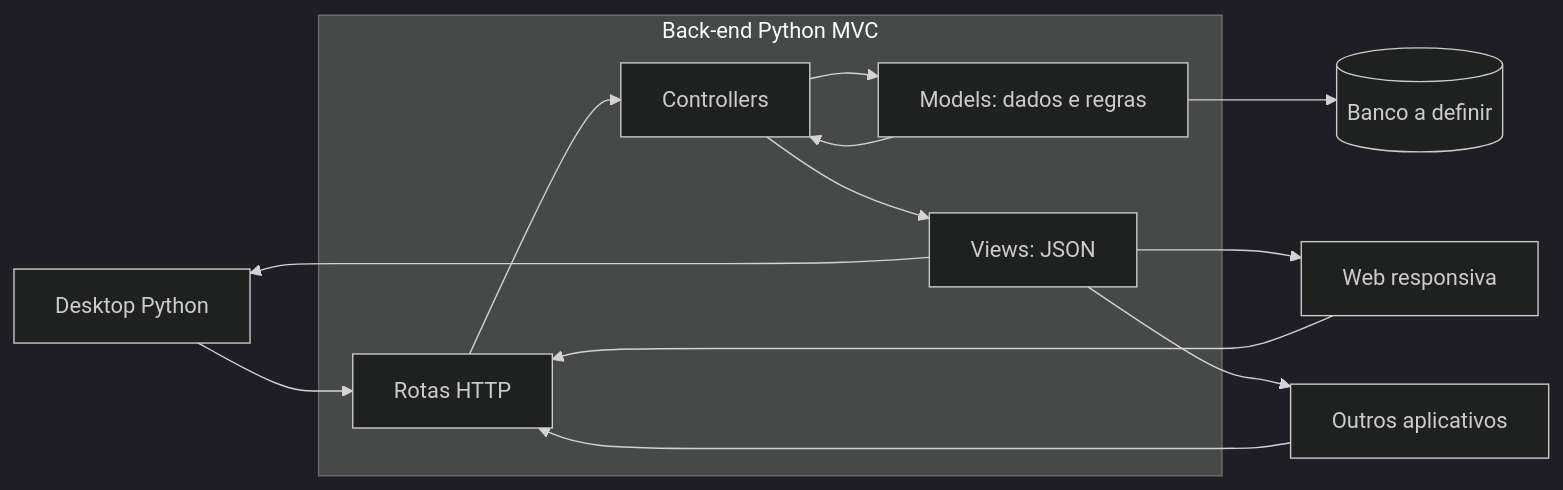
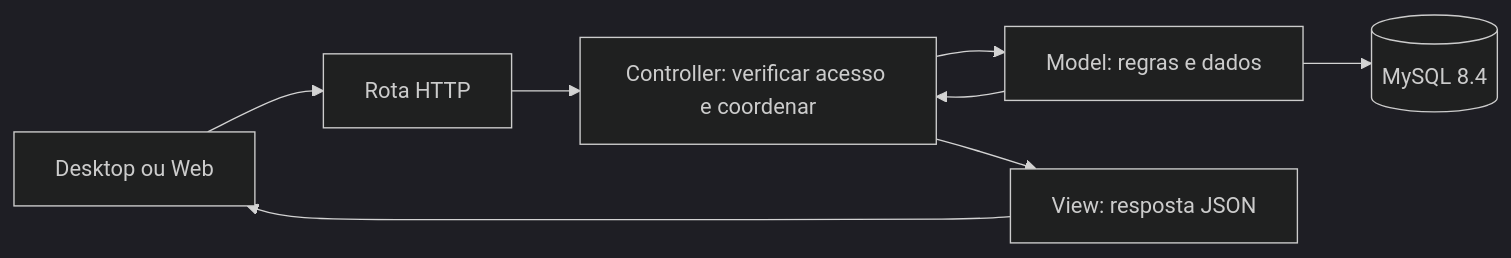
The second of 2 diagrams in docs/architecture.md (MarcosKern/ProntuarioEdu-Hospitalar), drawn with Mermaid (dark theme) before and after one commit. The commit also changed other lines of this file and 52 other files, not shown here.

````diff
--- a/docs/architecture.md
+++ b/docs/architecture.md
@@ -5,16 +38,10 @@
 ```mermaid
 flowchart LR
-    Desktop[Desktop Python] --> API[Rotas HTTP]
-    Web[Web responsiva] --> API
-    Apps[Outros aplicativos] --> API
-    subgraph Backend[Back-end Python MVC]
-        API --> Controller[Controllers]
-        Controller --> Model[Models: dados e regras]
-        Model --> Controller
-        Controller --> View[Views: JSON]
-    end
-    Model --> DB[(Banco a definir)]
-    View --> Desktop
-    View --> Web
-    View --> Apps
+    Cliente[Desktop ou Web] --> Rota[Rota HTTP]
+    Rota --> Controller[Controller: verificar acesso e coordenar]
+    Controller --> Model[Model: regras e dados]
+    Model --> Banco[(MySQL 8.4)]
+    Model --> Controller
+    Controller --> View[View: resposta JSON]
+    View --> Cliente
 ```
````
